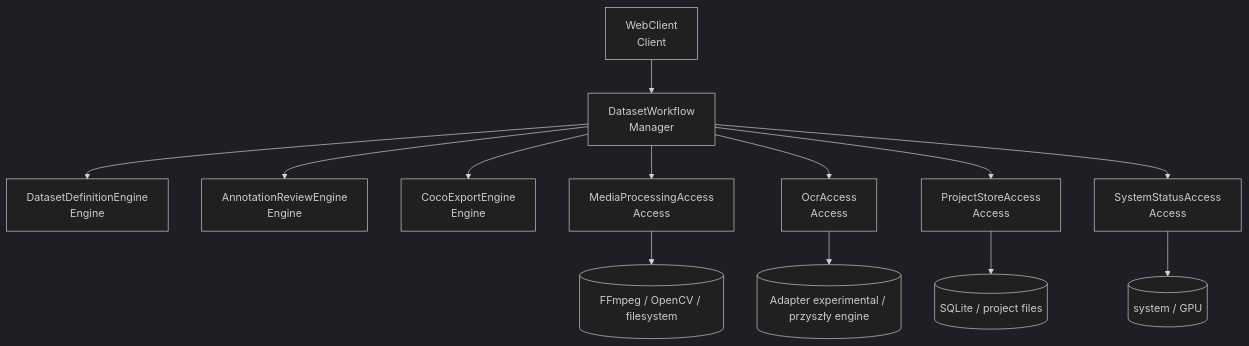
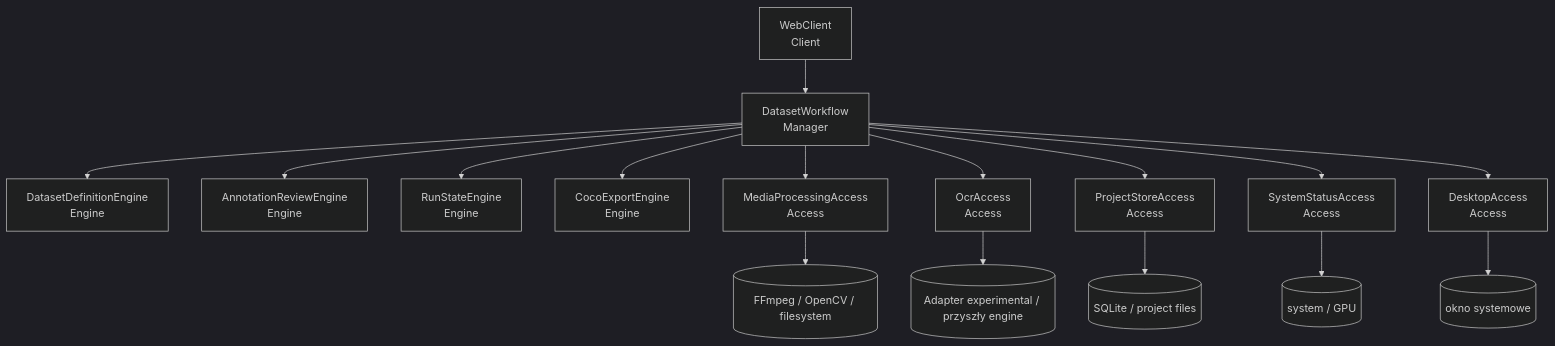
One commit to ThomSchery/DatasetFactory changed the first of 2 diagrams in docs/MODULES.md. Above: the diagram before and after it, drawn with Mermaid (dark theme). The commit also changed other lines of this file and 58 other files, not shown here.

````diff
--- a/docs/MODULES.md
+++ b/docs/MODULES.md
@@ -50,15 +54,18 @@
 ```mermaid
 graph TD
     C[WebClient<br/>Client] --> M[DatasetWorkflow<br/>Manager]
     M --> D[DatasetDefinitionEngine<br/>Engine]
     M --> V[AnnotationReviewEngine<br/>Engine]
+    M --> E[RunStateEngine<br/>Engine]
     M --> X[CocoExportEngine<br/>Engine]
     M --> P[MediaProcessingAccess<br/>Access]
     M --> O[OcrAccess<br/>Access]
     M --> S[ProjectStoreAccess<br/>Access]
     M --> H[SystemStatusAccess<br/>Access]
+    M --> K[DesktopAccess<br/>Access]
     P --> RF[(FFmpeg / OpenCV / filesystem)]
     O --> RO[(Adapter experimental / przyszły engine)]
     S --> RS[(SQLite / project files)]
     H --> RH[(system / GPU)]
+    K --> RK[(okno systemowe)]
 ```
````
